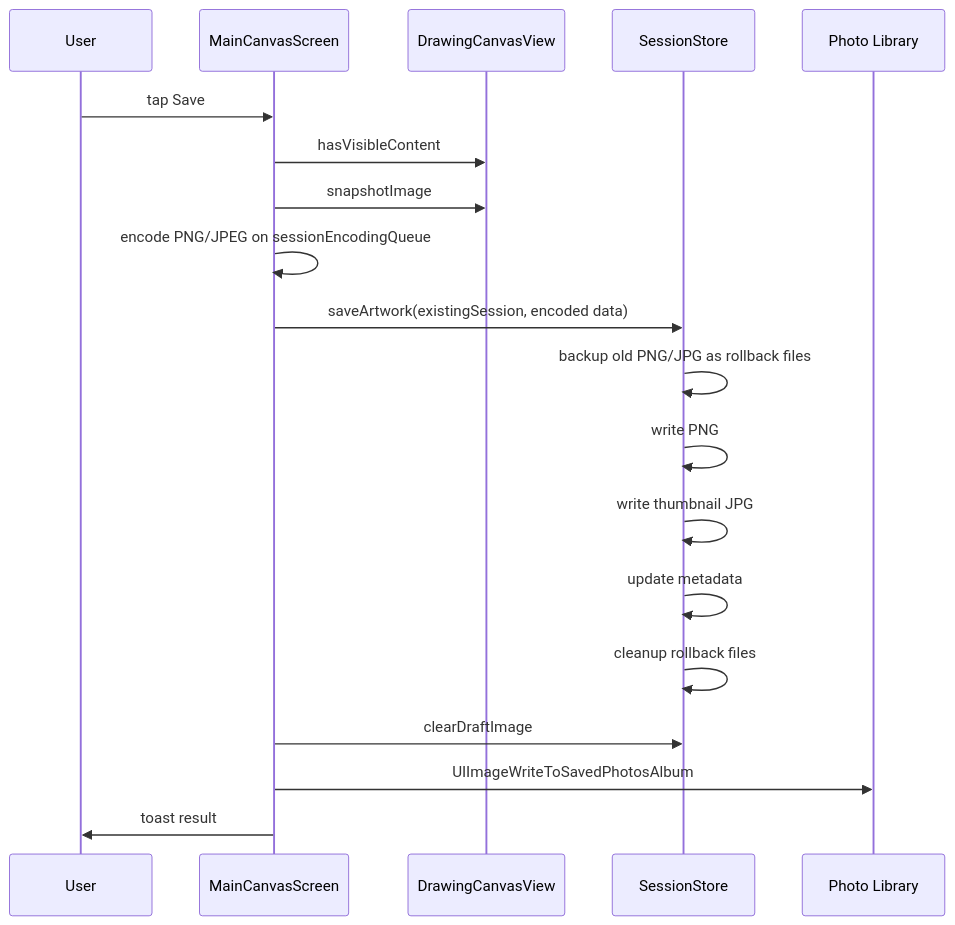
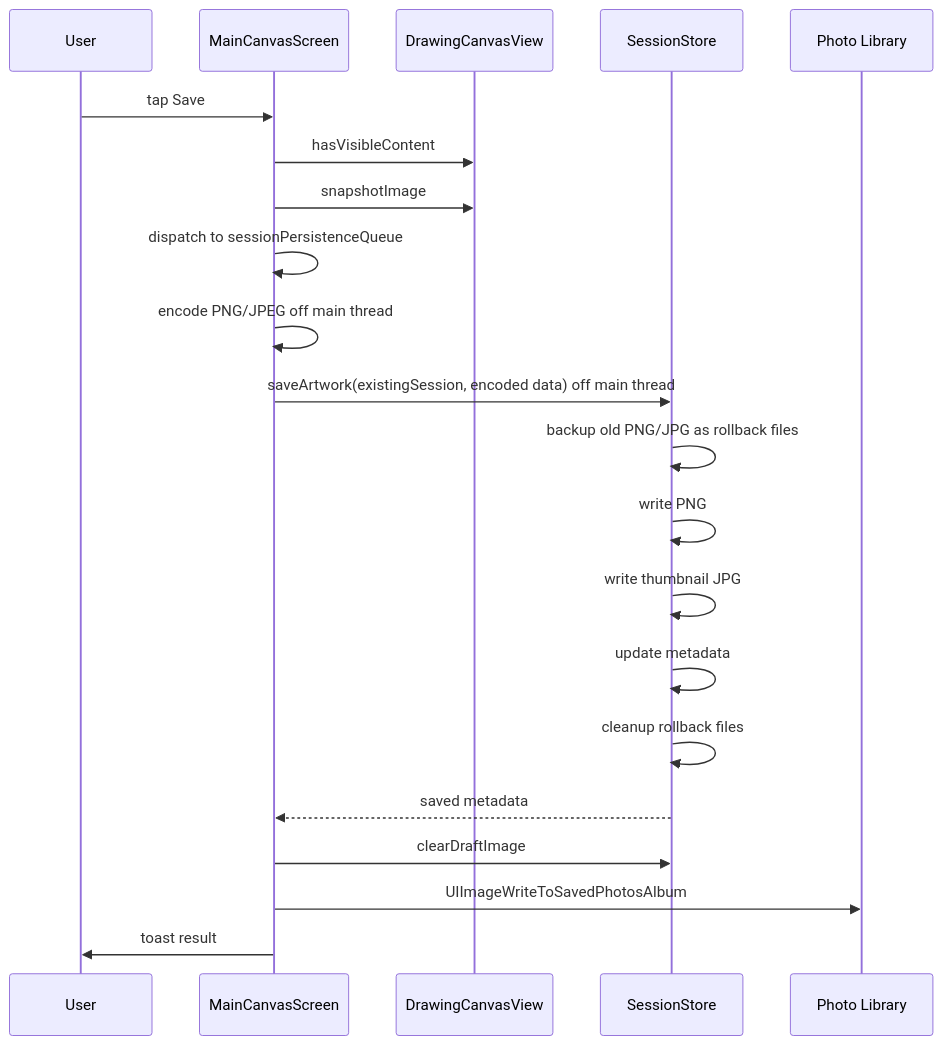
Before and after one commit to HappyEnding-XIA/justdraw: the third of 4 diagrams in docs/architecture/TECHNICAL_ARCHITECTURE.md, drawn with Mermaid. The commit also changed other lines of this file and 3 other files, not shown here.

````diff
--- a/docs/architecture/TECHNICAL_ARCHITECTURE.md
+++ b/docs/architecture/TECHNICAL_ARCHITECTURE.md
@@ -400,22 +400,24 @@
 ```mermaid
 sequenceDiagram
     participant User
     participant Main as MainCanvasScreen
     participant Canvas as DrawingCanvasView
     participant Store as SessionStore
     participant Photos as Photo Library
 
     User->>Main: tap Save
     Main->>Canvas: hasVisibleContent
     Main->>Canvas: snapshotImage
-    Main->>Main: encode PNG/JPEG on sessionEncodingQueue
-    Main->>Store: saveArtwork(existingSession, encoded data)
+    Main->>Main: dispatch to sessionPersistenceQueue
+    Main->>Main: encode PNG/JPEG off main thread
+    Main->>Store: saveArtwork(existingSession, encoded data) off main thread
     Store->>Store: backup old PNG/JPG as rollback files
     Store->>Store: write PNG
     Store->>Store: write thumbnail JPG
     Store->>Store: update metadata
     Store->>Store: cleanup rollback files
+    Store-->>Main: saved metadata
     Main->>Store: clearDraftImage
     Main->>Photos: UIImageWriteToSavedPhotosAlbum
     Main->>User: toast result
 ```
````
